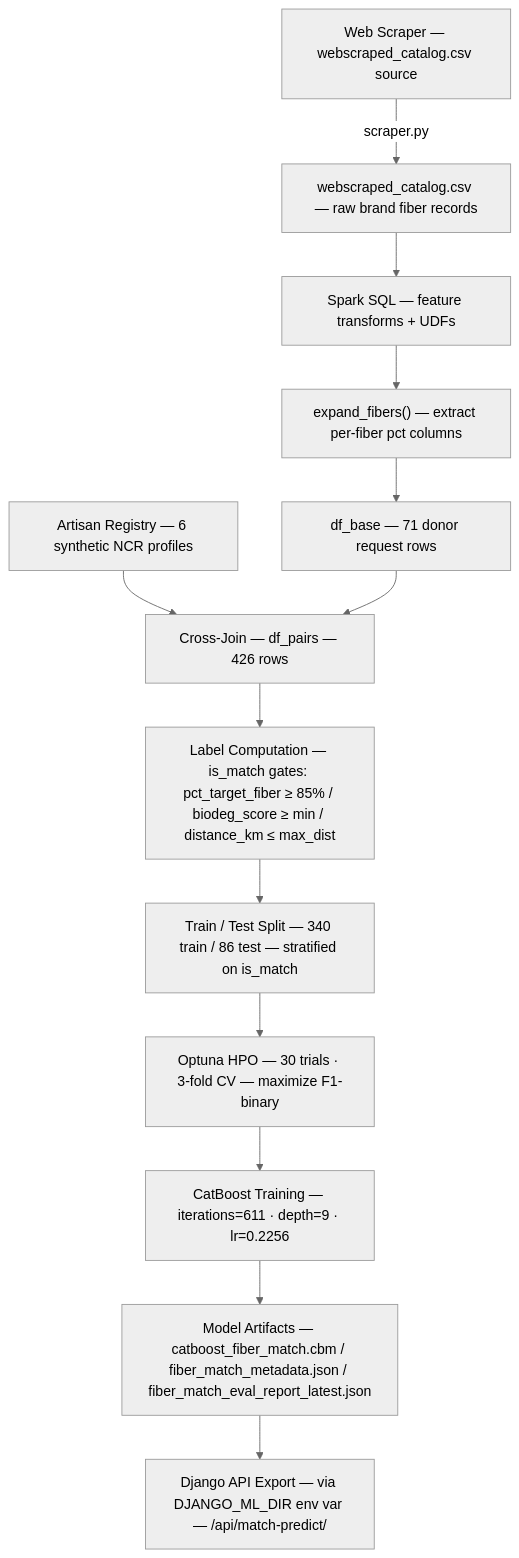
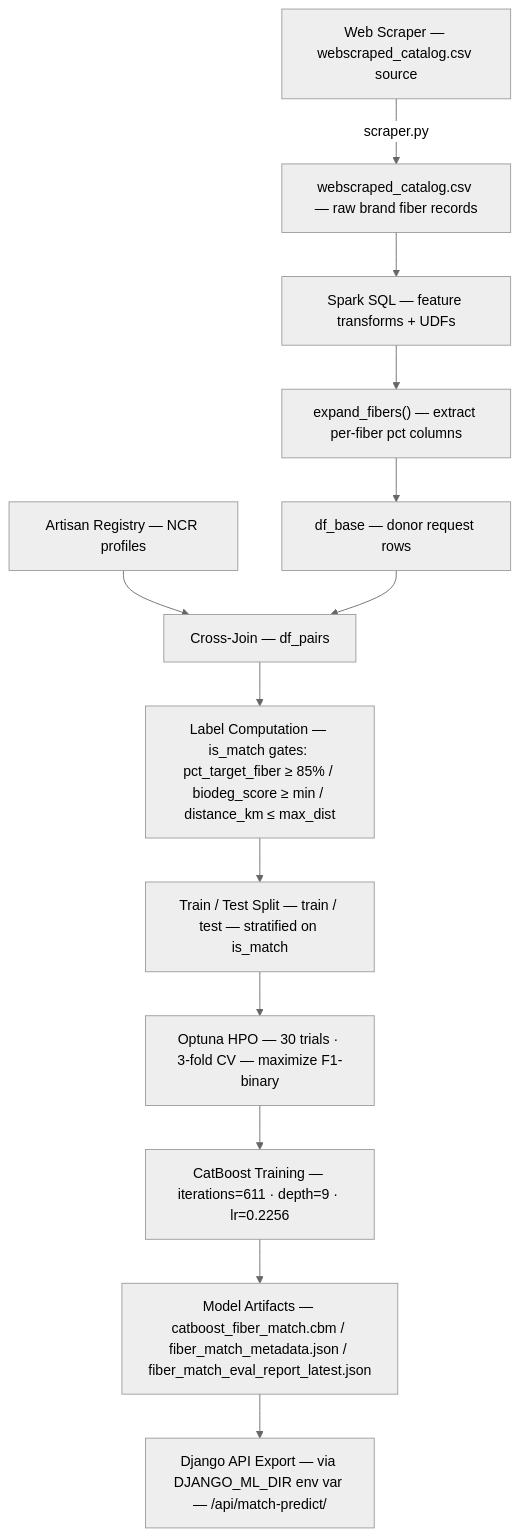
One commit to bakuncwa/weaveforward_fiber_model changed the first of 2 diagrams in README.md. Above: the diagram before and after it, drawn with Mermaid (neutral theme).

Commit message:
updated README.md ETL pipeline overview

````diff
--- a/README.md
+++ b/README.md
@@ -52,15 +52,15 @@
 ```mermaid
 flowchart TD
     A["Web Scraper — webscraped_catalog.csv source"] -->|"scraper.py"| B["webscraped_catalog.csv — raw brand fiber records"]
     B --> C["Spark SQL — feature transforms + UDFs"]
     C --> D["expand_fibers() — extract per-fiber pct columns"]
-    D --> E["df_base — 71 donor request rows"]
-    F["Artisan Registry — 6 synthetic NCR profiles"] --> G
-    E --> G["Cross-Join — df_pairs — 426 rows"]
+    D --> E["df_base — donor request rows"]
+    F["Artisan Registry — NCR profiles"] --> G
+    E --> G["Cross-Join — df_pairs"]
     G --> H["Label Computation — is_match gates: pct_target_fiber ≥ 85% / biodeg_score ≥ min / distance_km ≤ max_dist"]
-    H --> I["Train / Test Split — 340 train / 86 test — stratified on is_match"]
+    H --> I["Train / Test Split — train / test — stratified on is_match"]
     I --> J["Optuna HPO — 30 trials · 3-fold CV — maximize F1-binary"]
     J --> K["CatBoost Training — iterations=611 · depth=9 · lr=0.2256"]
     K --> L["Model Artifacts — catboost_fiber_match.cbm / fiber_match_metadata.json / fiber_match_eval_report_latest.json"]
     L --> M["Django API Export — via DJANGO_ML_DIR env var — /api/match-predict/"]
 ```
````
